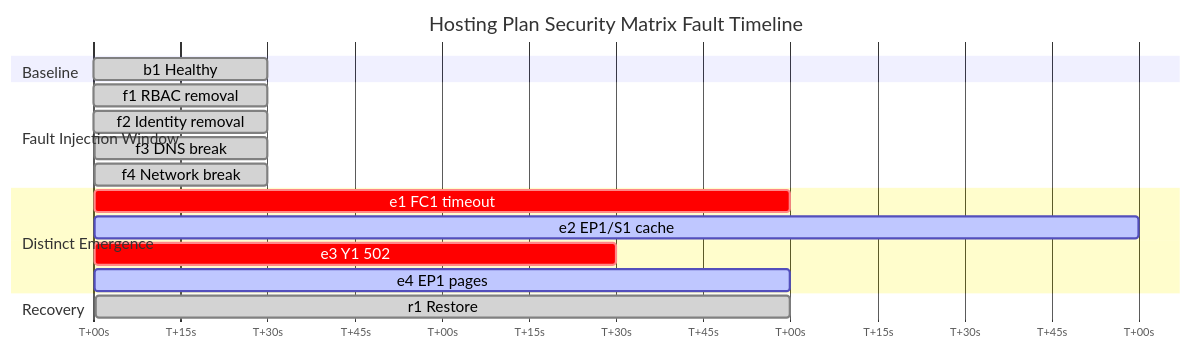
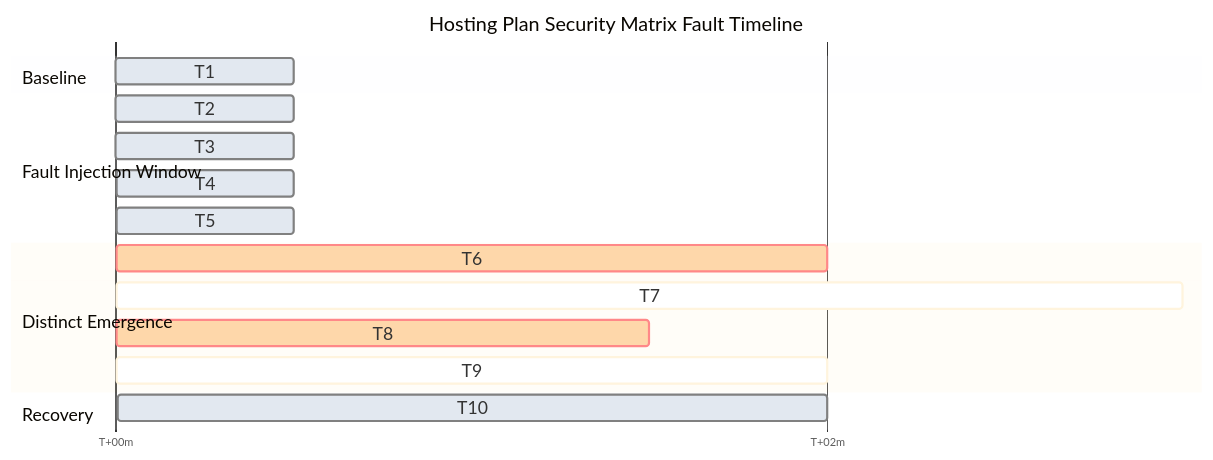
The third of 3 diagrams in docs/troubleshooting/lab-guides/hosting-plan-security-matrix.md (yeongseon/azure-functions-practical-guide), drawn with Mermaid before and after one commit. The commit also changed other lines of this file and 1 other file, not shown here.

First line of the commit message:
docs(diagrams): improve hosting-plan timeline legibility in both palettes

````diff
--- a/docs/troubleshooting/lab-guides/hosting-plan-security-matrix.md
+++ b/docs/troubleshooting/lab-guides/hosting-plan-security-matrix.md
@@ -1355,27 +1355,28 @@
 ```mermaid
-%%{init: {'gantt': {'fontSize': 14, 'sectionFontSize': 14}}}%%
+%%{init: {"gantt":{"fontSize":16,"sectionFontSize":16,"leftPadding":95,"rightPadding":35,"barHeight":24,"barGap":10},"theme":"base","themeVariables":{"doneTaskBkgColor":"#e2e8f0","critBkgColor":"#fed7aa","taskBkgColor":"#e2e8f0"},"themeCSS":".grid .tick text{font-size:16px;fill:var(--md-default-fg-color);} .section{opacity:0;} .titleText{font-size:14px;fill:var(--md-default-fg-color);} .sectionTitle{fill:var(--md-default-fg-color);} .taskTextOutsideLeft,.taskTextOutsideRight{fill:var(--md-default-fg-color)!important;} .taskText{fill:#14202e!important;}"}}%%
 gantt
     accTitle: Hosting Plan Security Matrix Fault Timeline
     accDescr: Existing page timeline with Baseline, Fault Injection Window, Distinct Emergence and Recovery sections. All original tasks and relative time values are retained; this migration does not establish run provenance or revalidate timing.
     title Hosting Plan Security Matrix Fault Timeline
     dateFormat  X
-    axisFormat  T+%Ss
+    axisFormat  T+%Mm
+    tickInterval 2minute
 
     section Baseline
-    b1 Healthy                                       :done, b1, 0, 30
+    T1 :done, b1, 0, 30
 
     section Fault Injection Window
-    f1 RBAC removal                                  :done, f1, 30, 30
-    f2 Identity removal                              :done, f2, 90, 30
-    f3 DNS break                                     :done, f3, 150, 30
-    f4 Network break                                 :done, f4, 210, 30
+    T2 :done, f1, 30, 30
+    T3 :done, f2, 90, 30
+    T4 :done, f3, 150, 30
+    T5 :done, f4, 210, 30
 
     section Distinct Emergence
-    e1 FC1 timeout                                   :crit, e1, 120, 120
-    e2 EP1/S1 cache                                  :active, e2, 120, 180
-    e3 Y1 502                                        :crit, e3, 150, 90
-    e4 EP1 pages                                     :active, e4, 180, 120
+    T6 :crit, e1, 120, 120
+    T7 :active, e2, 120, 180
+    T8 :crit, e3, 150, 90
+    T9 :active, e4, 180, 120
 
     section Recovery
-    r1 Restore                                       :done, r1, 360, 120
+    T10 :done, r1, 360, 120
 ```
````
